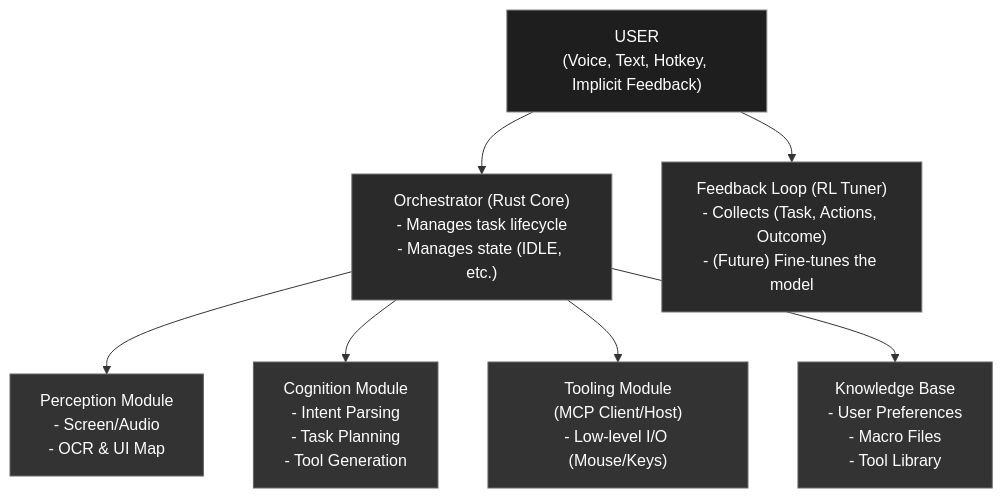
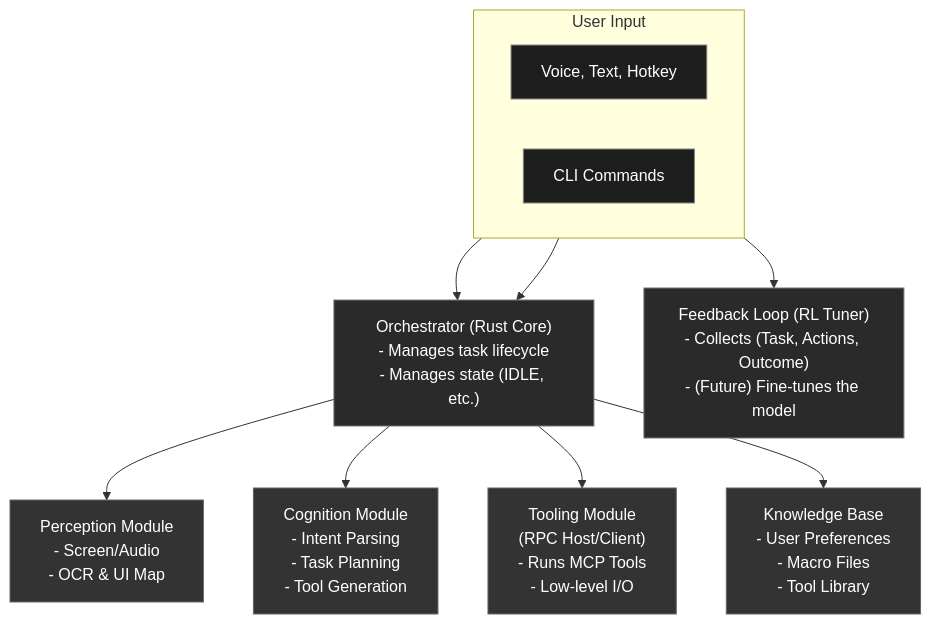
The diagram in docs/Architecture.md (zendrix396/nyx), drawn with Mermaid before and after one commit. The commit also changed other lines of this file and 6 other files, not shown here.

````diff
--- a/docs/Architecture.md
+++ b/docs/Architecture.md
@@ -9,23 +9,28 @@
 ```mermaid
 flowchart TB
-    U["USER<br/>(Voice, Text, Hotkey, Implicit Feedback)"] --> O["Orchestrator (Rust Core)<br/>- Manages task lifecycle<br/>- Manages state (IDLE, etc.)"]
-    U --> F["Feedback Loop (RL Tuner)<br/>- Collects (Task, Actions, Outcome)<br/>- (Future) Fine-tunes the model"]
+    subgraph User Input
+        direction LR
+        U_VT["Voice, Text, Hotkey"]
+        U_CLI["CLI Commands"]
+    end
+
+    U_VT --> O["Orchestrator (Rust Core)<br/>- Manages task lifecycle<br/>- Manages state (IDLE, etc.)"]
+    U_CLI --> O
 
     O --> P["Perception Module<br/>- Screen/Audio<br/>- OCR & UI Map"]
     O --> C["Cognition Module<br/>- Intent Parsing<br/>- Task Planning<br/>- Tool Generation"]
-    O --> T["Tooling Module<br/>(MCP Client/Host)<br/>- Low-level I/O (Mouse/Keys)"]
+    O --> T["Tooling Module<br/>(RPC Host/Client)<br/>- Runs MCP Tools<br/>- Low-level I/O"]
     O --> K["Knowledge Base<br/>- User Preferences<br/>- Macro Files<br/>- Tool Library"]
+
+    %% Feedback path
+    U_VT --> F["Feedback Loop (RL Tuner)<br/>- Collects (Task, Actions, Outcome)<br/>- (Future) Fine-tunes the model"]
 
     %% Dark theme styling
     classDef dark fill:#1e1e1e,stroke:#888,color:#fff;
     classDef mid fill:#2a2a2a,stroke:#777,color:#fff;
     classDef light fill:#333,stroke:#666,color:#fff;
 
-    class U dark;
-    class O mid;
-    class F mid;
-    class P light;
-    class C light;
-    class T light;
-    class K light;
+    class U_VT,U_CLI dark;
+    class O,F mid;
+    class P,C,T,K light;
 ```
````
